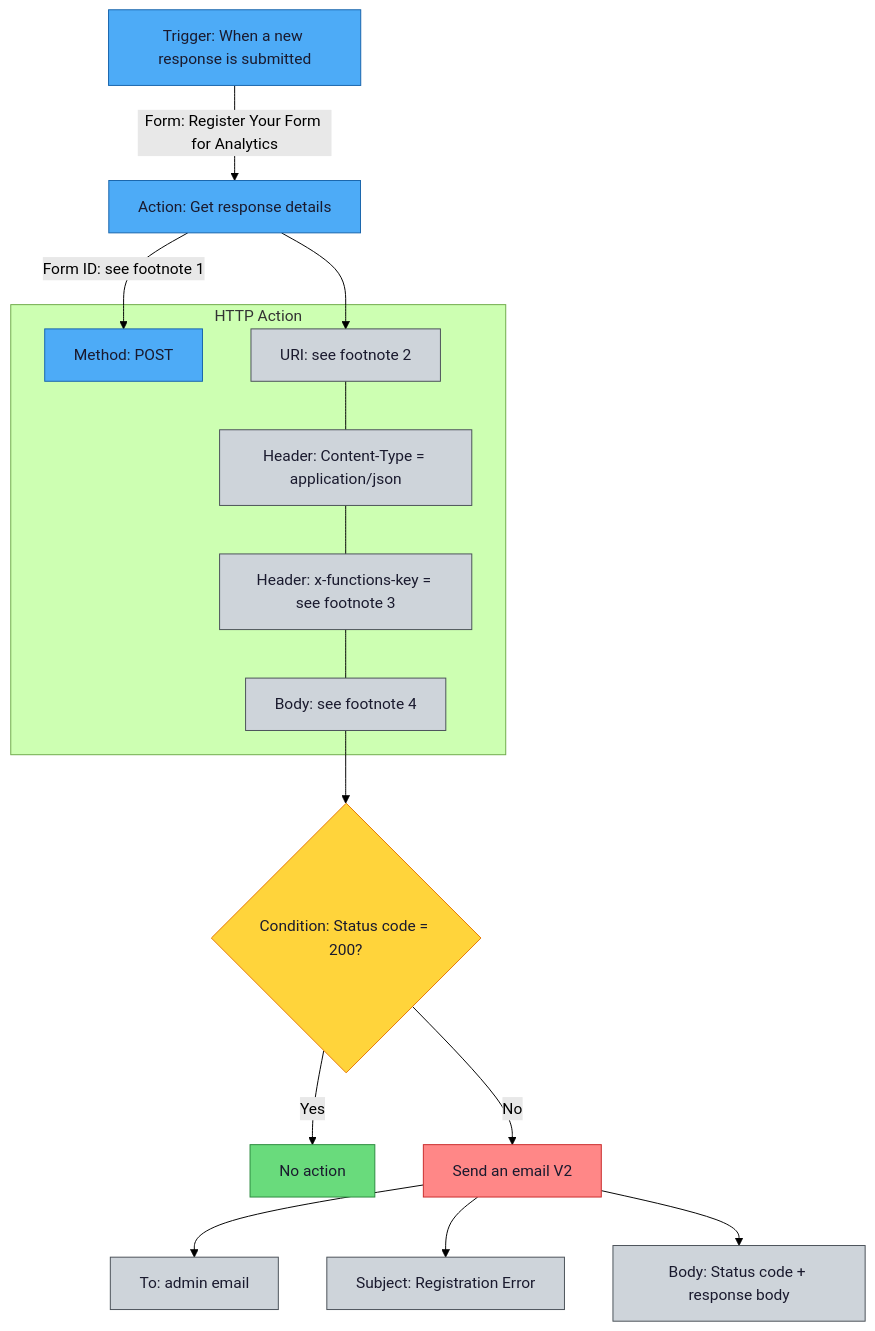
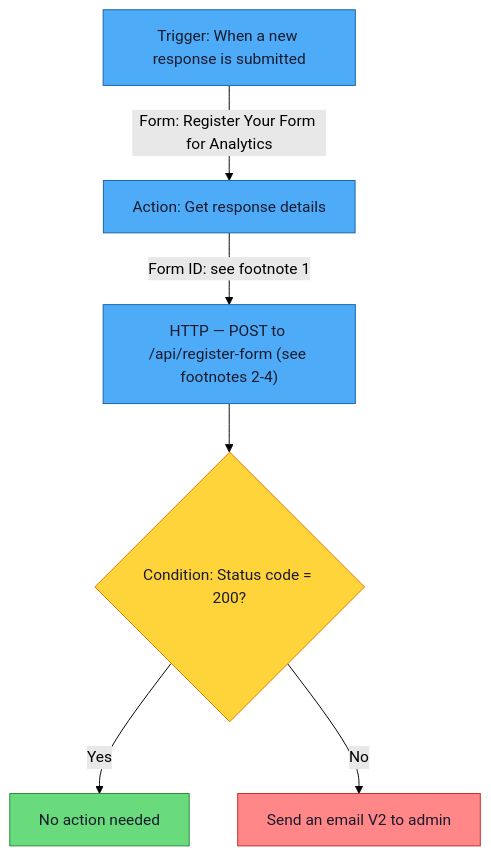
The first of 2 diagrams in docs/registration-form-template.md (michaelhuot-msft/forms-to-fabric), drawn with Mermaid (forest theme) before and after one commit. The commit also changed other lines of this file, not shown here.

Commit message:
Simplify PA flow diagram: single HTTP node, details in footnotes
Removed nested boxes inside HTTP action — replaced with one node
referencing footnotes 2-4 for URI, key, and body. Cleaner layout
that matches the PA UI's single-card-per-action style.

````diff
--- a/docs/registration-form-template.md
+++ b/docs/registration-form-template.md
@@ -86,48 +86,27 @@
 ```mermaid
 flowchart TD
     T[Trigger: When a new response is submitted]
-    T -->|Form: Register Your Form for Analytics| G
+    T -->|"Form: Register Your Form for Analytics"| G
 
     G[Action: Get response details]
-    G -->|Form ID: see footnote 1| H
+    G -->|"Form ID: see footnote 1"| H
 
-    subgraph "HTTP Action"
-        H[Method: POST]
-        H1[URI: see footnote 2]
-        H2["Header: Content-Type = application/json"]
-        H3[Header: x-functions-key = see footnote 3]
-        H4["Body: see footnote 4"]
-    end
-    G --> H1
-    H1 --- H2
-    H2 --- H3
-    H3 --- H4
-    H4 --> C
+    H["HTTP — POST to /api/register-form (see footnotes 2-4)"]
+    H --> C
 
     C{Condition: Status code = 200?}
-    C -- Yes --> OK[No action]
-    C -- No --> ERR[Send an email V2]
-    ERR --> ERR1[To: admin email]
-    ERR --> ERR2[Subject: Registration Error]
-    ERR --> ERR3["Body: Status code + response body"]
+    C -- Yes --> OK[No action needed]
+    C -- No --> ERR[Send an email V2 to admin]
 
     classDef primary fill:#4dabf7,stroke:#1864ab,color:#1a1a2e
     classDef success fill:#69db7c,stroke:#2b8a3e,color:#1a1a2e
     classDef warning fill:#ffd43b,stroke:#e67700,color:#1a1a2e
     classDef danger fill:#ff8787,stroke:#c92a2a,color:#1a1a2e
-    classDef neutral fill:#ced4da,stroke:#495057,color:#1a1a2e
 
     T:::primary
     G:::primary
     H:::primary
-    H1:::neutral
-    H2:::neutral
-    H3:::neutral
-    H4:::neutral
     C:::warning
     OK:::success
     ERR:::danger
-    ERR1:::neutral
-    ERR2:::neutral
-    ERR3:::neutral
 ```
````
